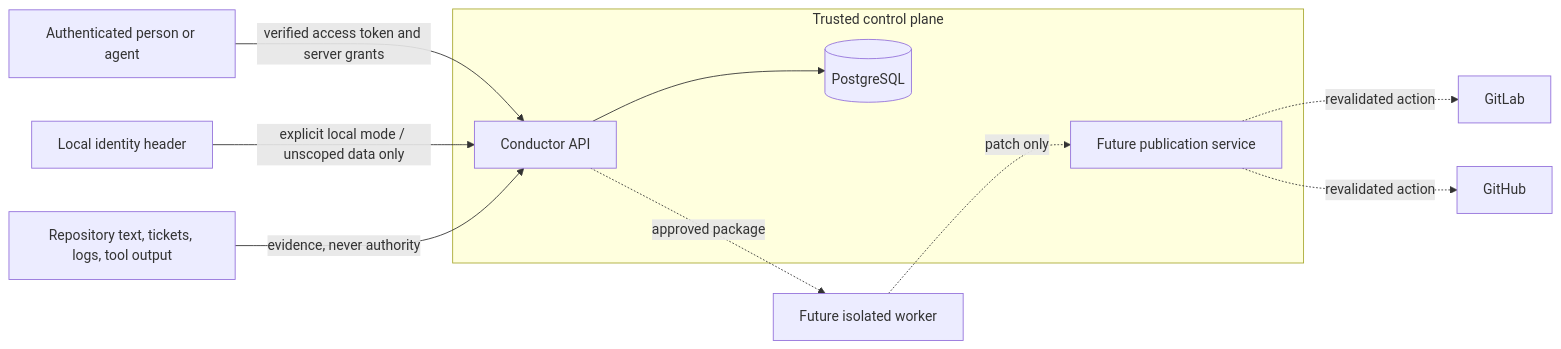
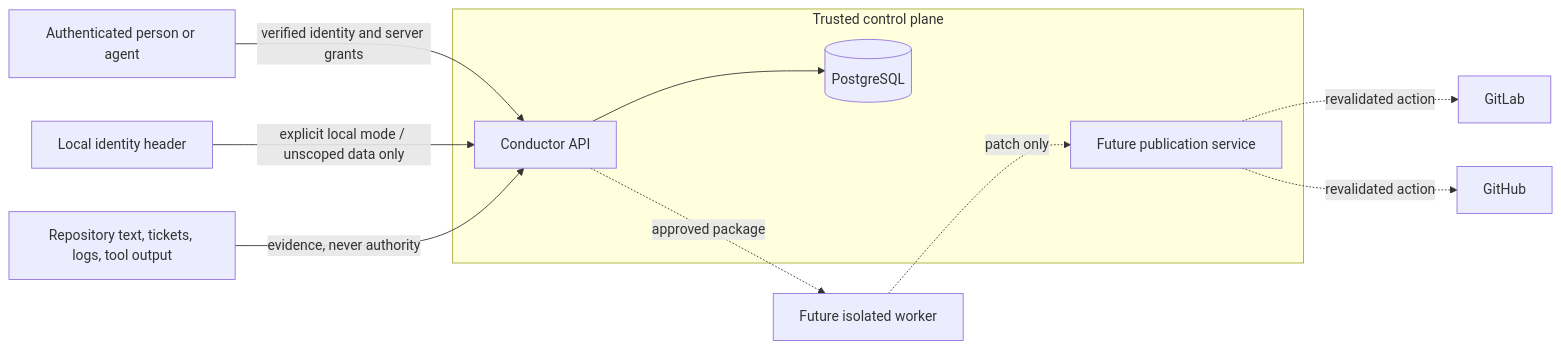
The third of 4 diagrams in docs/architecture/system.md (phenixrizen/conductor), drawn with Mermaid before and after one commit. The commit also changed other lines of this file and 18 other files, not shown here.

````diff
--- a/docs/architecture/system.md
+++ b/docs/architecture/system.md
@@ -110,27 +110,27 @@
 ```mermaid
 flowchart LR
     User[Authenticated person or agent]
     LocalHeader[Local identity header]
     API[Conductor API]
     DB[(PostgreSQL)]
     Untrusted[Repository text, tickets, logs, tool output]
     Worker[Future isolated worker]
     Publisher[Future publication service]
     GitHubDelivery[GitHub]
     GitLab[GitLab]
 
-    User -->|verified access token and server grants| API
+    User -->|verified identity and server grants| API
     LocalHeader -->|explicit local mode / unscoped data only| API
     API --> DB
     Untrusted -->|evidence, never authority| API
     API -. approved package .-> Worker
     Worker -. patch only .-> Publisher
     Publisher -. revalidated action .-> GitLab
     Publisher -. revalidated action .-> GitHubDelivery
 
     subgraph TrustedControl[Trusted control plane]
         API
         DB
         Publisher
     end
 ```
````
